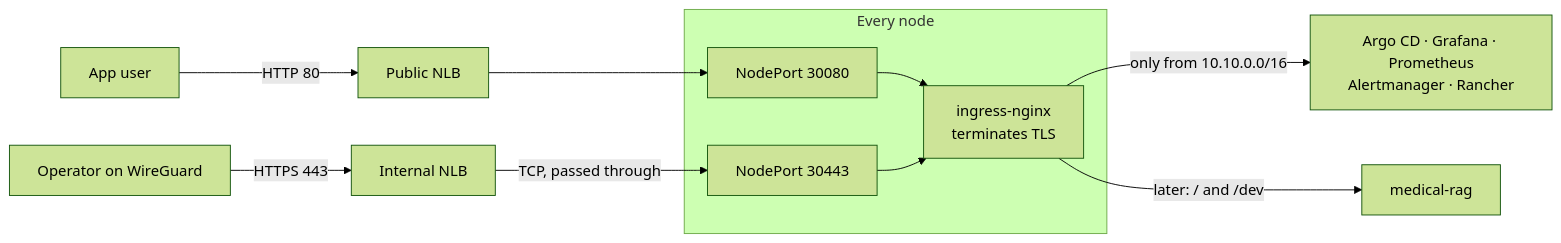
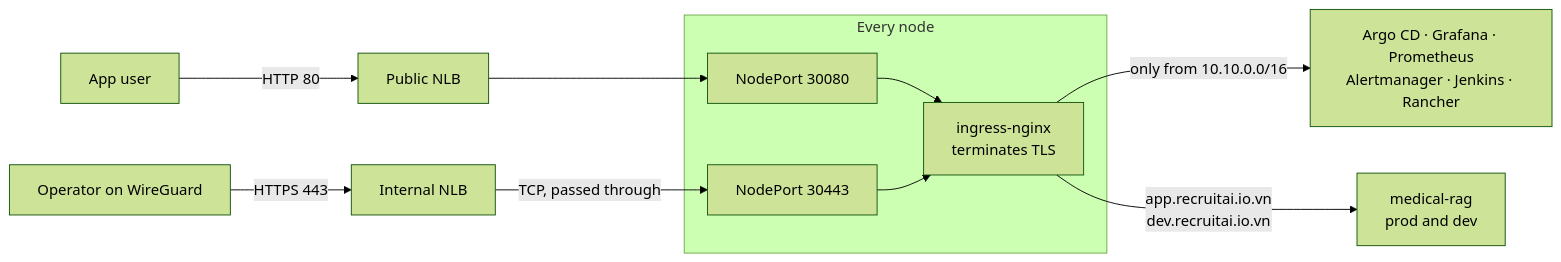
Before and after one commit to biabeogo147/Medical-RAG-Chatbot: the fourth of 8 diagrams in docs/gitops/README.md, drawn with Mermaid (forest theme). The commit also changed other lines of this file and 11 other files, not shown here.

````diff
--- a/docs/gitops/README.md
+++ b/docs/gitops/README.md
@@ -184,16 +193,16 @@
 ```mermaid
 flowchart LR
     USER["App user"] -->|"HTTP 80"| PUB["Public NLB"]
     OP["Operator on WireGuard"] -->|"HTTPS 443"| INT["Internal NLB"]
 
     subgraph NODES["Every node"]
         NP80["NodePort 30080"]
         NP443["NodePort 30443"]
         NGINX["ingress-nginx<br/>terminates TLS"]
     end
 
     PUB --> NP80 --> NGINX
     INT -->|"TCP, passed through"| NP443 --> NGINX
-    NGINX -->|"only from 10.10.0.0/16"| UIS["Argo CD · Grafana · Prometheus<br/>Alertmanager · Rancher"]
-    NGINX -->|"later: / and /dev"| APP["medical-rag"]
+    NGINX -->|"only from 10.10.0.0/16"| UIS["Argo CD · Grafana · Prometheus<br/>Alertmanager · Jenkins · Rancher"]
+    NGINX -->|"app.recruitai.io.vn<br/>dev.recruitai.io.vn"| APP["medical-rag<br/>prod and dev"]
 ```
````
